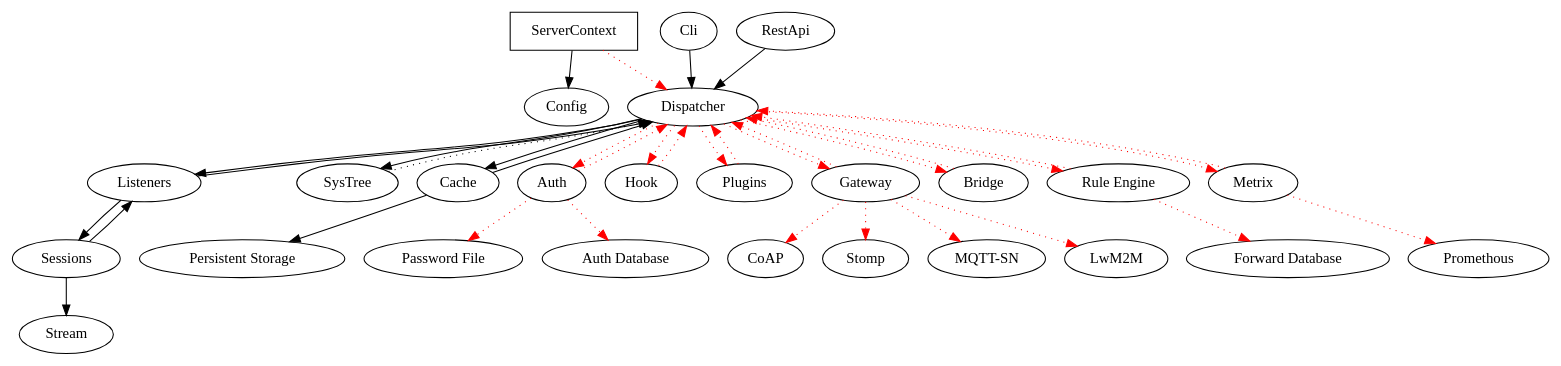
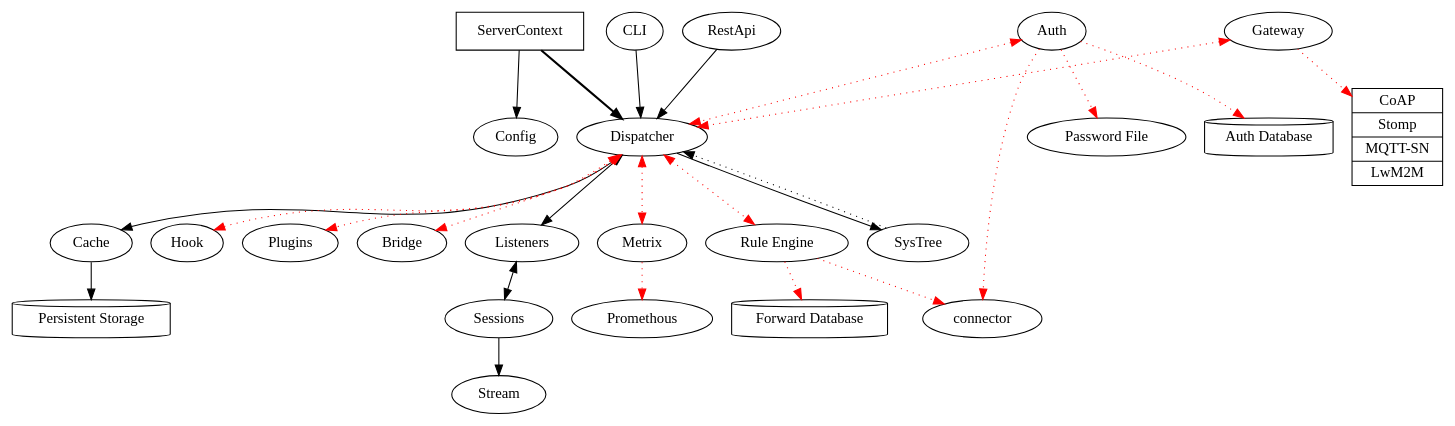
The diagram in hebo/docs/internal.dot (RustRobotics/hebo), drawn with Graphviz before and after one commit. The commit also changed 1 other file, not shown here.

```diff
--- a/hebo/docs/internal.dot
+++ b/hebo/docs/internal.dot
@@ -1,62 +1,55 @@
 
 digraph {
 	ServerContext [shape=box];
 	ServerContext -> Config;
-	ServerContext -> Dispatcher [style=dotted, color=red];
+	ServerContext -> Dispatcher [style=bold];
 
-	Dispatcher -> Listeners;
-	Listeners -> Dispatcher;
+	Dispatcher -> Listeners [dir=both];
 
 	Dispatcher -> SysTree;
 	SysTree -> Dispatcher [style=dotted];
 
-	Dispatcher -> Cache;
-	Cache -> Dispatcher;
+	Dispatcher -> Cache [dir=both];
+	"Persistent Storage" [shape=cylinder];
 	Cache -> "Persistent Storage";
 
-	Listeners -> Sessions;
-	Sessions -> Listeners;
+	Listeners -> Sessions [dir=both];
 	Sessions -> Stream;
 
 	// cli
-	Cli -> Dispatcher;
+	CLI -> Dispatcher;
 
 	// dashboard app
 	RestApi -> Dispatcher;
 
 	// auth app
-	Auth -> Dispatcher [style=dotted, color=red];
-	Dispatcher -> Auth [style=dotted, color=red];
+	Auth -> Dispatcher [dir=both, style=dotted, color=red];
 	Auth -> "Password File" [style=dotted, color=red];
+	"Auth Database" [shape=cylinder];
 	Auth -> "Auth Database" [style=dotted, color=red];
+	Auth -> connector [style=dotted, color=red];
 
 	// hook app
-	Dispatcher -> Hook [style=dotted, color=red];
-	Hook -> Dispatcher [style=dotted, color=red];
+	Dispatcher -> Hook [dir=both, style=dotted, color=red];
 
 	// plugin app
-	Dispatcher -> Plugins [style=dotted, color=red];
-	Plugins -> Dispatcher [style=dotted, color=red];
+	Dispatcher -> Plugins [dir=both,style=dotted, color=red];
 
 	// gateway app
-	Gateway -> Dispatcher [style=dotted, color=red];
-	Dispatcher -> Gateway [style=dotted, color=red];
-	Gateway -> CoAP [style=dotted, color=red];
-	Gateway -> Stomp [style=dotted, color=red];
-	Gateway -> "MQTT-SN" [style=dotted, color=red];
-	Gateway -> LwM2M [style=dotted, color=red];
+	Gateway -> Dispatcher [dir=both, style=dotted, color=red];
+	ExternalProtocols [shape=record, label="{ CoAP | Stomp | MQTT-SN | LwM2M }"];
+	Gateway -> ExternalProtocols [style=dotted, color=red];
 
 	// mqtt bridge app
-	Dispatcher -> Bridge [style=dotted, color=red];
-	Bridge -> Dispatcher [style=dotted, color=red];
+	Dispatcher -> Bridge [dir=both,style=dotted, color=red];
 
 	// rule engine app
-	Dispatcher -> "Rule Engine" [style=dotted, color=red];
-	"Rule Engine" -> Dispatcher [style=dotted, color=red];
+	Dispatcher -> "Rule Engine" [dir=both, style=dotted, color=red];
+	"Forward Database" [shape=cylinder];
 	"Rule Engine" -> "Forward Database" [style=dotted, color=red];
+	"Rule Engine" -> connector [style=dotted, color=red];
 
 	// monitor app
-	Dispatcher -> Metrix [style=dotted, color=red];
-	Metrix -> Dispatcher [style=dotted, color=red];
+	Dispatcher -> Metrix [dir=both, style=dotted, color=red];
 	Metrix -> Promethous [style=dotted, color=red];
 }
```
